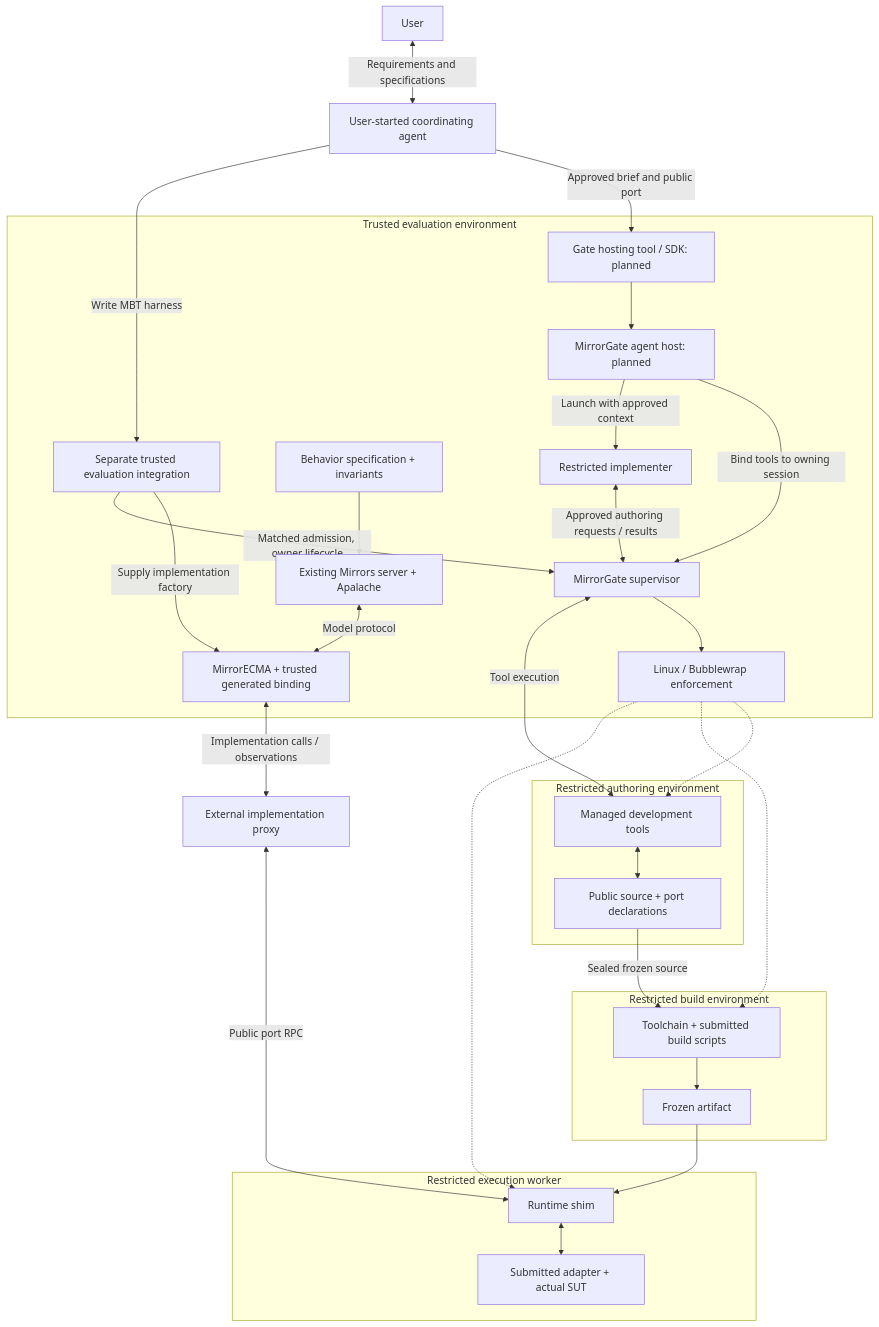
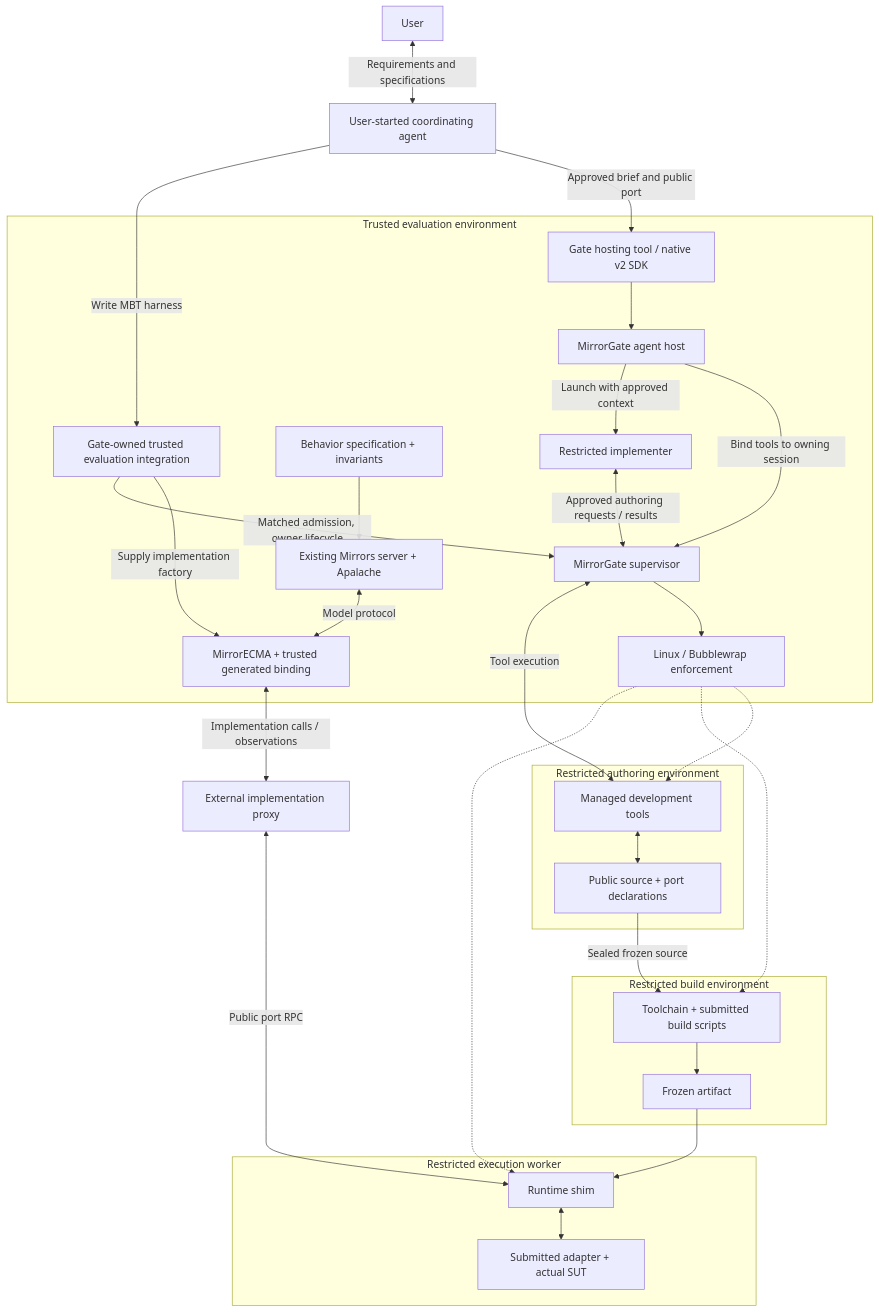
Before and after one commit to NzSN/MirrorGate: the diagram in docs/architecture.md, drawn with Mermaid. The commit also changed other lines of this file and 137 other files, not shown here.

First line of the commit message:
feat: add managed hosting and MBT workflows

````diff
--- a/docs/architecture.md
+++ b/docs/architecture.md
@@ -106,34 +116,34 @@
 ```mermaid
 flowchart TB
     User["User"] <-->|"Requirements and specifications"| Coordinator["User-started coordinating agent"]
-    Coordinator -->|"Approved brief and public port"| HostingTool["Gate hosting tool / SDK: planned"]
-    Coordinator -->|"Write MBT harness"| Integration["Separate trusted evaluation integration"]
+    Coordinator -->|"Approved brief and public port"| HostingTool["Gate hosting tool / native v2 SDK"]
+    Coordinator -->|"Write MBT harness"| Integration["Gate-owned trusted evaluation integration"]
     subgraph Trusted["Trusted evaluation environment"]
         Spec["Behavior specification + invariants"] --> Mirrors["Existing Mirrors server + Apalache"]
         Mirrors <-->|"Model protocol"| MBT["MirrorECMA + trusted generated binding"]
         Integration -->|"Supply implementation factory"| MBT
         Integration -->|"Matched admission, owner lifecycle"| Supervisor["MirrorGate supervisor"]
-        HostingTool --> Host["MirrorGate agent host: planned"]
+        HostingTool --> Host["MirrorGate agent host"]
         Host -->|"Bind tools to owning session"| Supervisor
         Host -->|"Launch with approved context"| Agent["Restricted implementer"]
         Supervisor --> Backend["Linux / Bubblewrap enforcement"]
     end
     subgraph Authoring["Restricted authoring environment"]
         Tools["Managed development tools"] <--> Workspace["Public source + port declarations"]
     end
     subgraph Build["Restricted build environment"]
         Builder["Toolchain + submitted build scripts"] --> Artifact["Frozen artifact"]
     end
     subgraph Execution["Restricted execution worker"]
         Shim["Runtime shim"] <--> Adapter["Submitted adapter + actual SUT"]
     end
     Agent <-->|"Approved authoring requests / results"| Supervisor
     Supervisor <-->|"Tool execution"| Tools
     Backend -.-> Tools
     Backend -.-> Builder
     Backend -.-> Shim
     Workspace -->|"Sealed frozen source"| Builder
     Artifact --> Shim
     MBT <-->|"Implementation calls / observations"| Proxy["External implementation proxy"]
     Proxy <-->|"Public port RPC"| Shim
 ```
````
